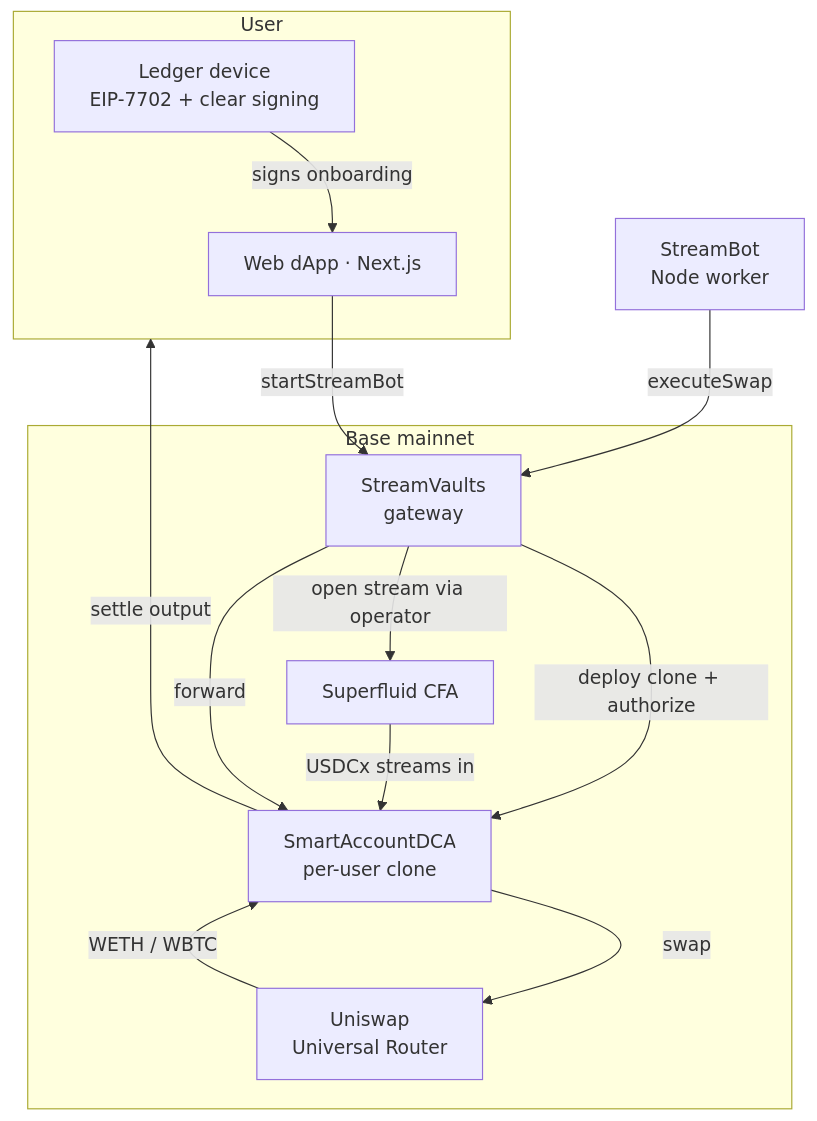
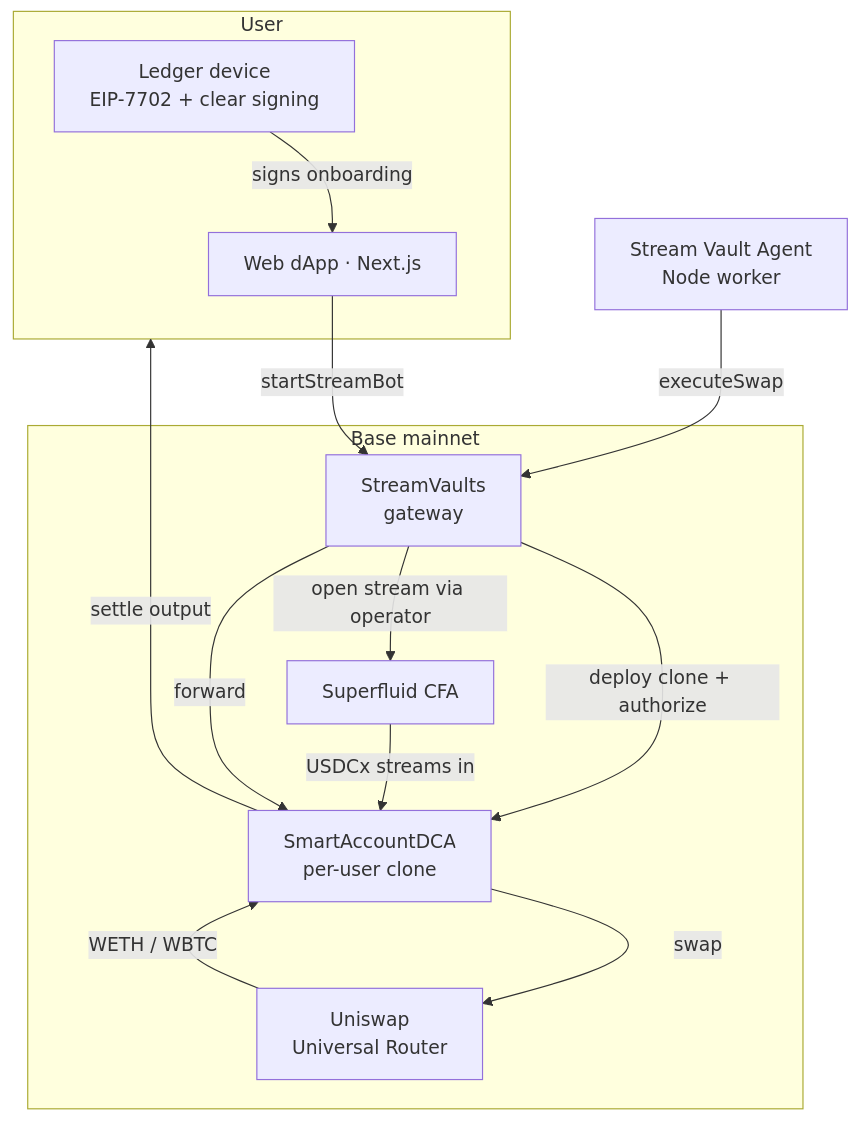
Before and after one commit to JulioMCruz/Streams: the first of 4 diagrams in README.md, drawn with Mermaid. The commit also changed other lines of this file, not shown here.

Commit message:
use stream vault agent branding in readme

````diff
--- a/README.md
+++ b/README.md
@@ -15,27 +15,27 @@
 ```mermaid
 flowchart TB
     subgraph user["User"]
         L["Ledger device<br/>EIP-7702 + clear signing"]
         W["Web dApp · Next.js"]
     end
 
-    Bot["StreamBot<br/>Node worker"]
+    Agent["Stream Vault Agent<br/>Node worker"]
 
     subgraph chain["Base mainnet"]
         SV["StreamVaults<br/>gateway"]
         SA["SmartAccountDCA<br/>per-user clone"]
         SF["Superfluid CFA"]
         UNI["Uniswap<br/>Universal Router"]
     end
 
     L -->|signs onboarding| W
     W -->|startStreamBot| SV
     SV -->|deploy clone + authorize| SA
     SV -->|open stream via operator| SF
     SF -->|USDCx streams in| SA
-    Bot -->|executeSwap| SV
+    Agent -->|executeSwap| SV
     SV -->|forward| SA
     SA -->|swap| UNI
     UNI -->|WETH / WBTC| SA
     SA -->|settle output| user
 ```
````
